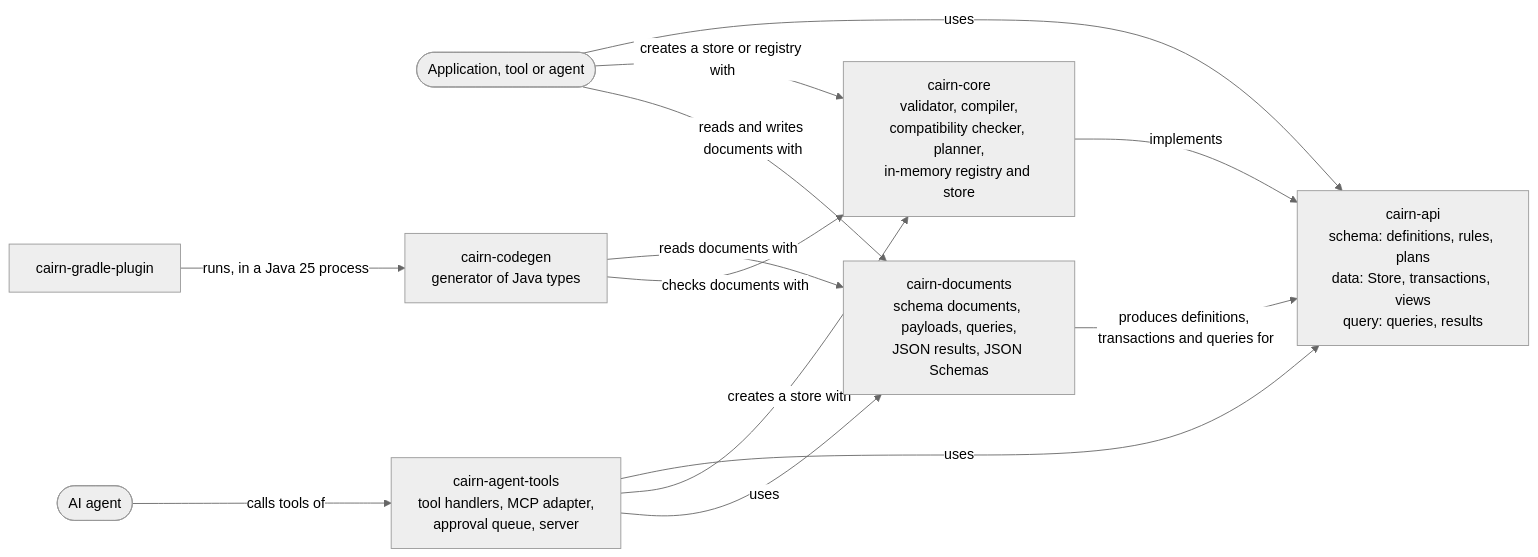
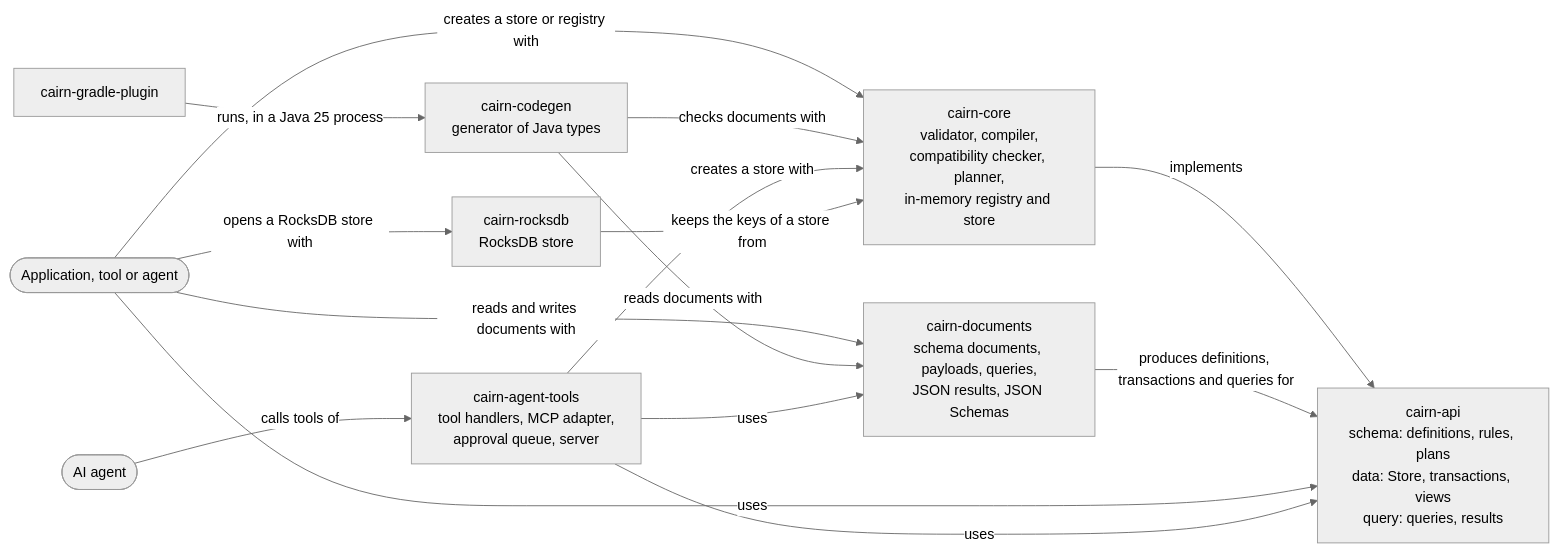
One commit to enricoag1982/Cairn changed the second of 3 diagrams in docs/architecture/README.md. Above: the diagram before and after it, drawn with Mermaid (neutral theme). The commit also changed other lines of this file and 9 other files, not shown here.

First line of the commit message:
docs: RocksDB store guide, glossary, architecture; revise ADR-0028 and the design

````diff
--- a/docs/architecture/README.md
+++ b/docs/architecture/README.md
@@ -88,15 +90,17 @@
 ```mermaid
 flowchart LR
     core[cairn-core<br/>validator, compiler,<br/>compatibility checker, planner,<br/>in-memory registry and store] -->|implements| api[cairn-api<br/>schema: definitions, rules, plans<br/>data: Store, transactions, views<br/>query: queries, results]
     docs[cairn-documents<br/>schema documents, payloads, queries,<br/>JSON results, JSON Schemas] -->|produces definitions, transactions and queries for| api
     app([Application, tool or agent]) -->|uses| api
     app -->|creates a store or registry with| core
     app -->|reads and writes documents with| docs
     codegen[cairn-codegen<br/>generator of Java types] -->|reads documents with| docs
     codegen -->|checks documents with| core
     plugin[cairn-gradle-plugin] -->|runs, in a Java 25 process| codegen
     tools[cairn-agent-tools<br/>tool handlers, MCP adapter,<br/>approval queue, server] -->|uses| api
     tools -->|creates a store with| core
     tools -->|uses| docs
     agent([AI agent]) -->|calls tools of| tools
+    app -->|opens a RocksDB store with| rocks[cairn-rocksdb<br/>RocksDB store]
+    rocks -->|keeps the keys of a store from| core
 ```
````
